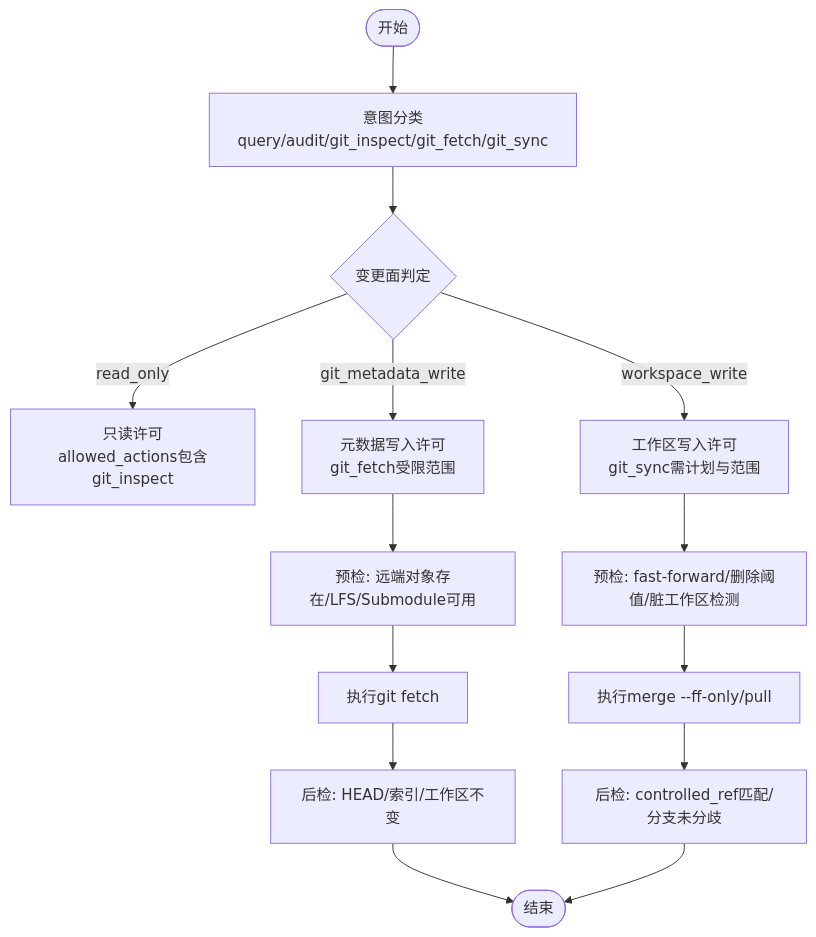
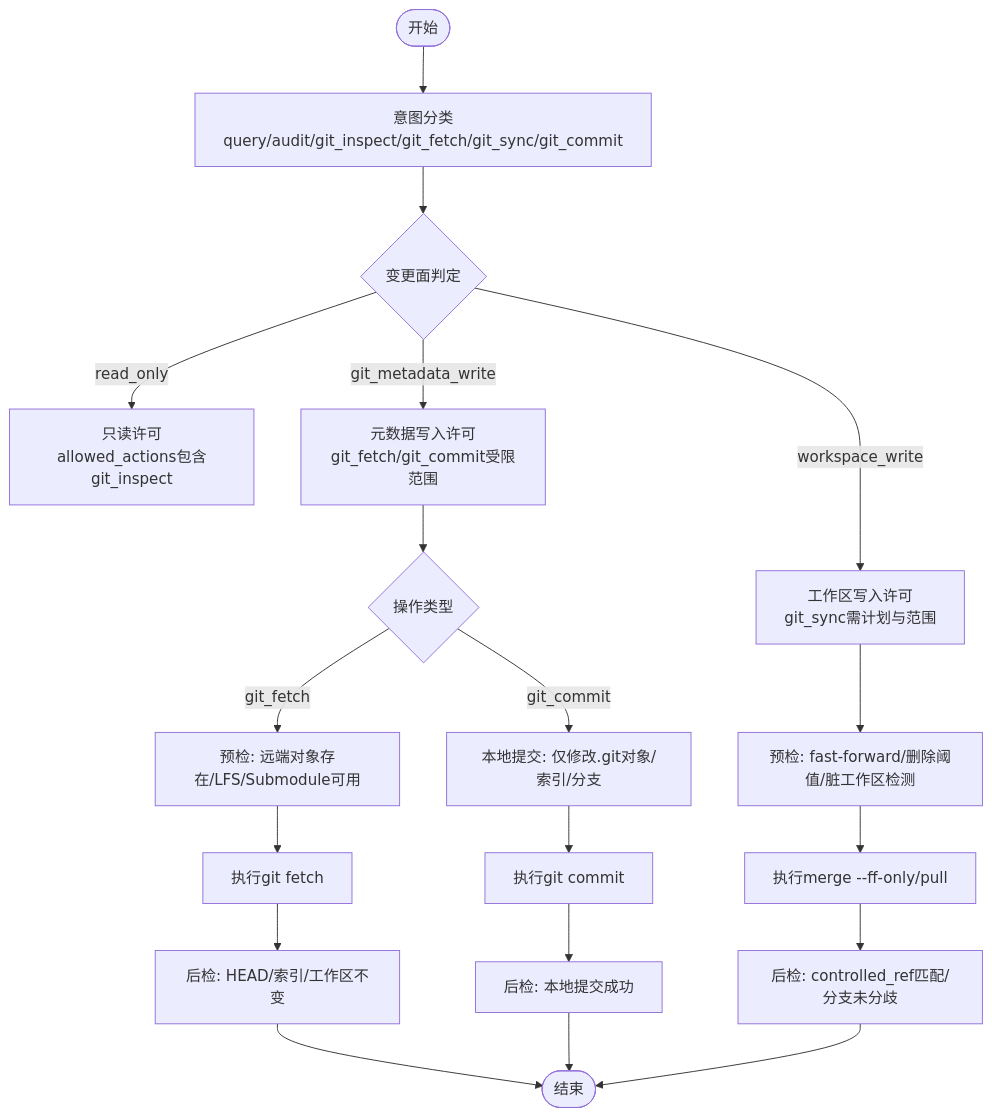
One commit to HackSing/docs-harness changed the third of 7 diagrams in .qoder/repowiki/zh/content/Git集成/Git集成.md. Above: the diagram before and after it, drawn with Mermaid. The commit also changed other lines of this file and 26 other files, not shown here.

````diff
--- a/.qoder/repowiki/zh/content/Git集成/Git集成.md
+++ b/.qoder/repowiki/zh/content/Git集成/Git集成.md
@@ -116,16 +133,21 @@
 ```mermaid
 flowchart TD
-Start(["开始"]) --> Intent["意图分类<br/>query/audit/git_inspect/git_fetch/git_sync"]
+Start(["开始"]) --> Intent["意图分类<br/>query/audit/git_inspect/git_fetch/git_sync/git_commit"]
 Intent --> Profile{"变更面判定"}
 Profile --> |read_only| ReadOnly["只读许可<br/>allowed_actions包含git_inspect"]
-Profile --> |git_metadata_write| MetaWrite["元数据写入许可<br/>git_fetch受限范围"]
+Profile --> |git_metadata_write| MetaWrite["元数据写入许可<br/>git_fetch/git_commit受限范围"]
 Profile --> |workspace_write| WSWrite["工作区写入许可<br/>git_sync需计划与范围"]
-MetaWrite --> Prefetch["预检: 远端对象存在/LFS/Submodule可用"]
+MetaWrite --> CheckType{"操作类型"}
+CheckType --> |git_fetch| Prefetch["预检: 远端对象存在/LFS/Submodule可用"]
+CheckType --> |git_commit| LocalCommit["本地提交: 仅修改.git对象/索引/分支"]
 WSWrite --> PrefSync["预检: fast-forward/删除阈值/脏工作区检测"]
 Prefetch --> ExecFetch["执行git fetch"]
+LocalCommit --> ExecCommit["执行git commit"]
 PrefSync --> ExecSync["执行merge --ff-only/pull"]
 ExecFetch --> PostFetch["后检: HEAD/索引/工作区不变"]
+ExecCommit --> PostCommit["后检: 本地提交成功"]
 ExecSync --> PostSync["后检: controlled_ref匹配/分支未分歧"]
 PostFetch --> End(["结束"])
+PostCommit --> End
 PostSync --> End
 ```
````
